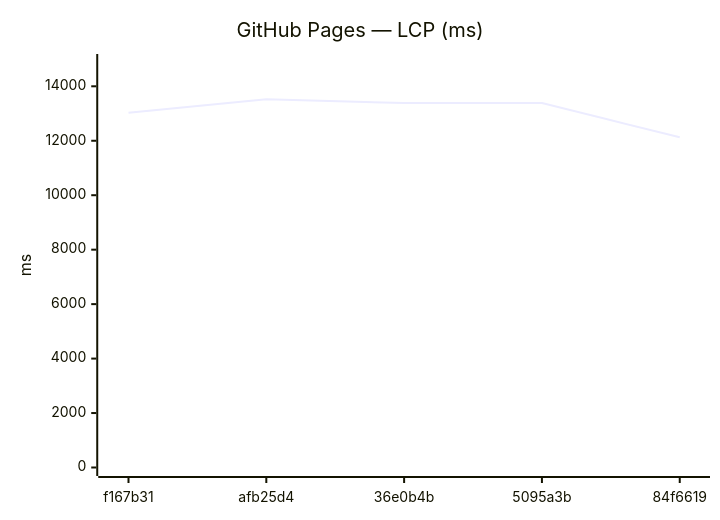
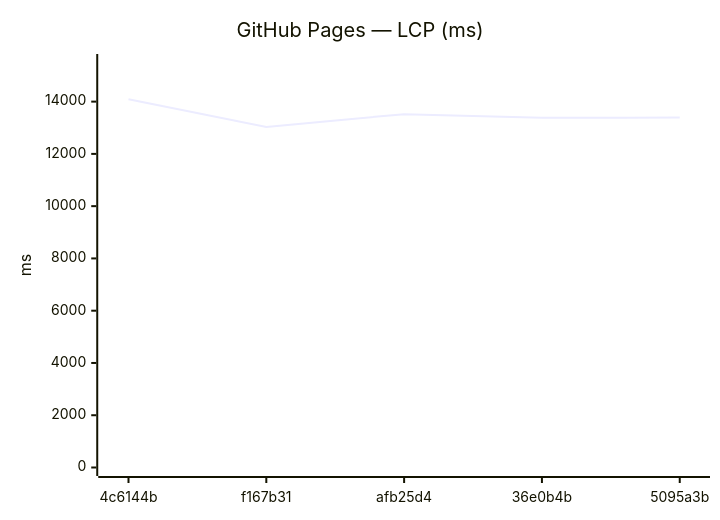
Before and after one commit to Metaheurist/Rianell: the ninth of 18 diagrams in benchmarks/compare.md, drawn with Mermaid. The commit also changed other lines of this file and 11 other files, not shown here.

````diff
--- a/benchmarks/compare.md
+++ b/benchmarks/compare.md
@@ -142,7 +142,7 @@
 ```mermaid
 xychart-beta
     title "GitHub Pages — LCP (ms)"
-    x-axis ["f167b31", "afb25d4", "36e0b4b", "5095a3b", "84f6619"]
-    y-axis "ms" 0 --> 14874
-    line [13032, 13521, 13383, 13388, 12127]
+    x-axis ["4c6144b", "f167b31", "afb25d4", "36e0b4b", "5095a3b"]
+    y-axis "ms" 0 --> 15497
+    line [14088, 13032, 13521, 13383, 13388]
 ```
````
